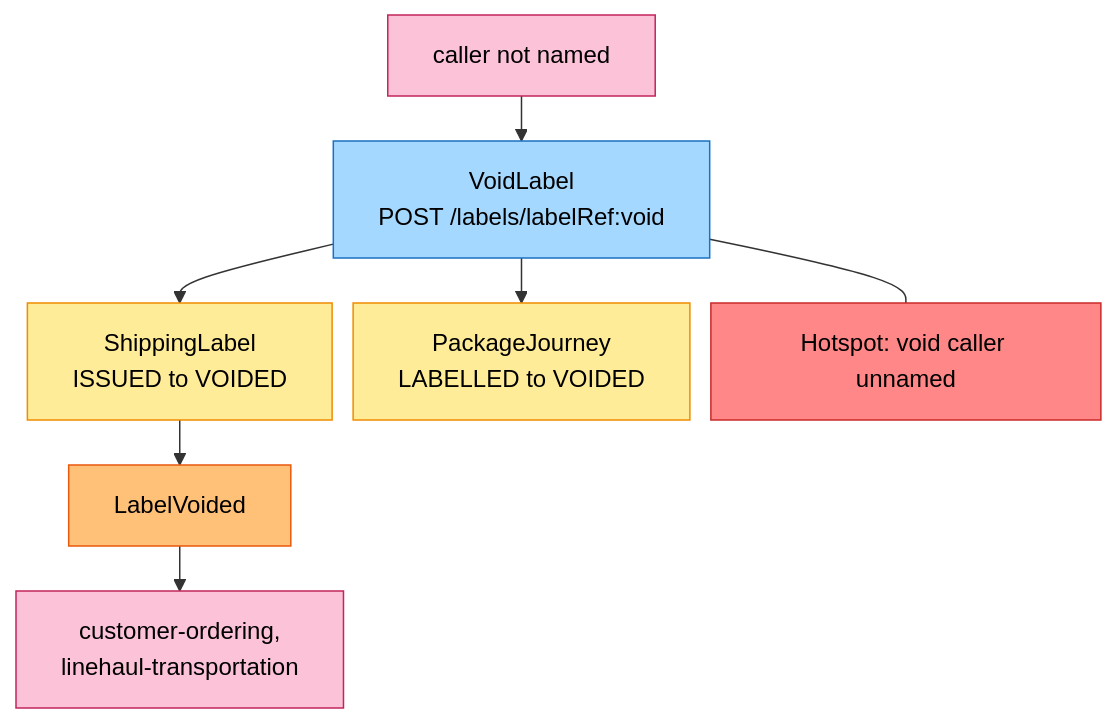
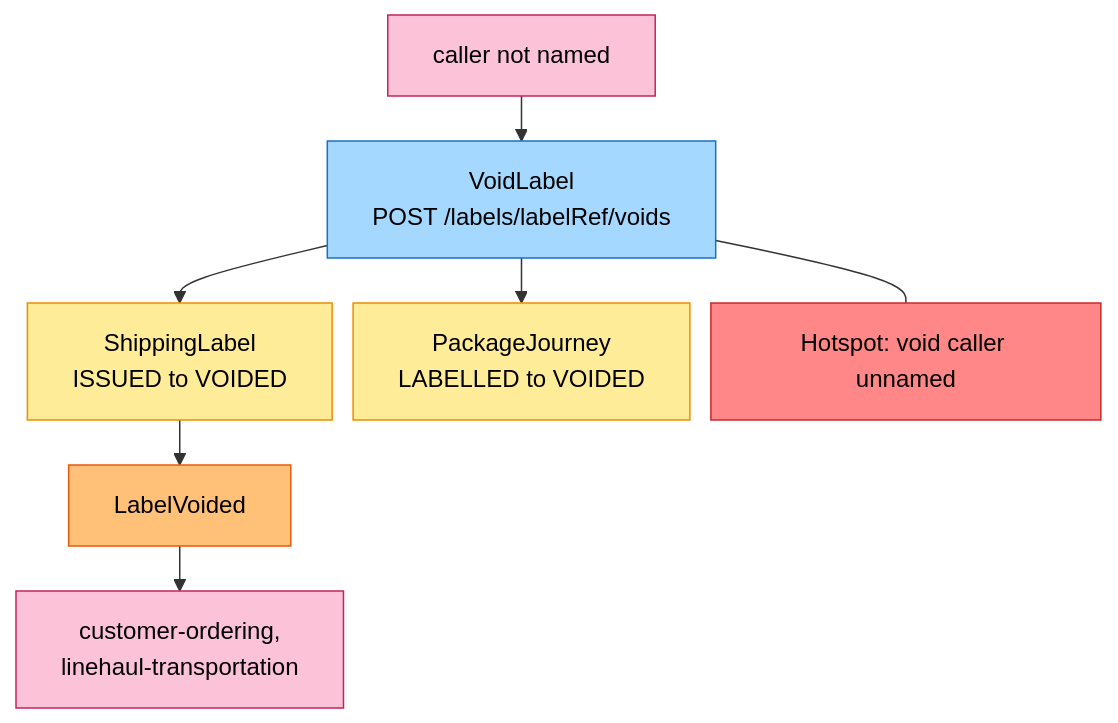
The second of 5 diagrams in docs/docs/ddd/eventstorming.md (IQVO/shipping-and-tracking), drawn with Mermaid before and after one commit. The commit also changed 23 other files, not shown here.

````diff
--- a/docs/docs/ddd/eventstorming.md
+++ b/docs/docs/ddd/eventstorming.md
@@ -61,22 +61,22 @@
 ```mermaid
 %%{init: {"flowchart": {"nodeSpacing": 14, "rankSpacing": 30}}}%%
 flowchart TB
     U["caller not named"]:::external
-    C3["VoidLabel<br/>POST /labels/labelRef:void"]:::command
+    C3["VoidLabel<br/>POST /labels/labelRef/voids"]:::command
     G1["ShippingLabel<br/>ISSUED to VOIDED"]:::aggregate
     G2["PackageJourney<br/>LABELLED to VOIDED"]:::aggregate
     E2["LabelVoided"]:::event
     X["customer-ordering,<br/>linehaul-transportation"]:::external
     H4["Hotspot: void caller unnamed"]:::hotspot
     U --> C3
     C3 --> G1
     C3 --> G2
     G1 --> E2
     E2 --> X
     C3 --- H4
     classDef command fill:#a5d8ff,stroke:#1971c2,color:#000
     classDef aggregate fill:#ffec99,stroke:#f08c00,color:#000
     classDef event fill:#ffc078,stroke:#e8590c,color:#000
     classDef external fill:#fcc2d7,stroke:#c2255c,color:#000
     classDef hotspot fill:#ff8787,stroke:#c92a2a,color:#000
 ```
````
